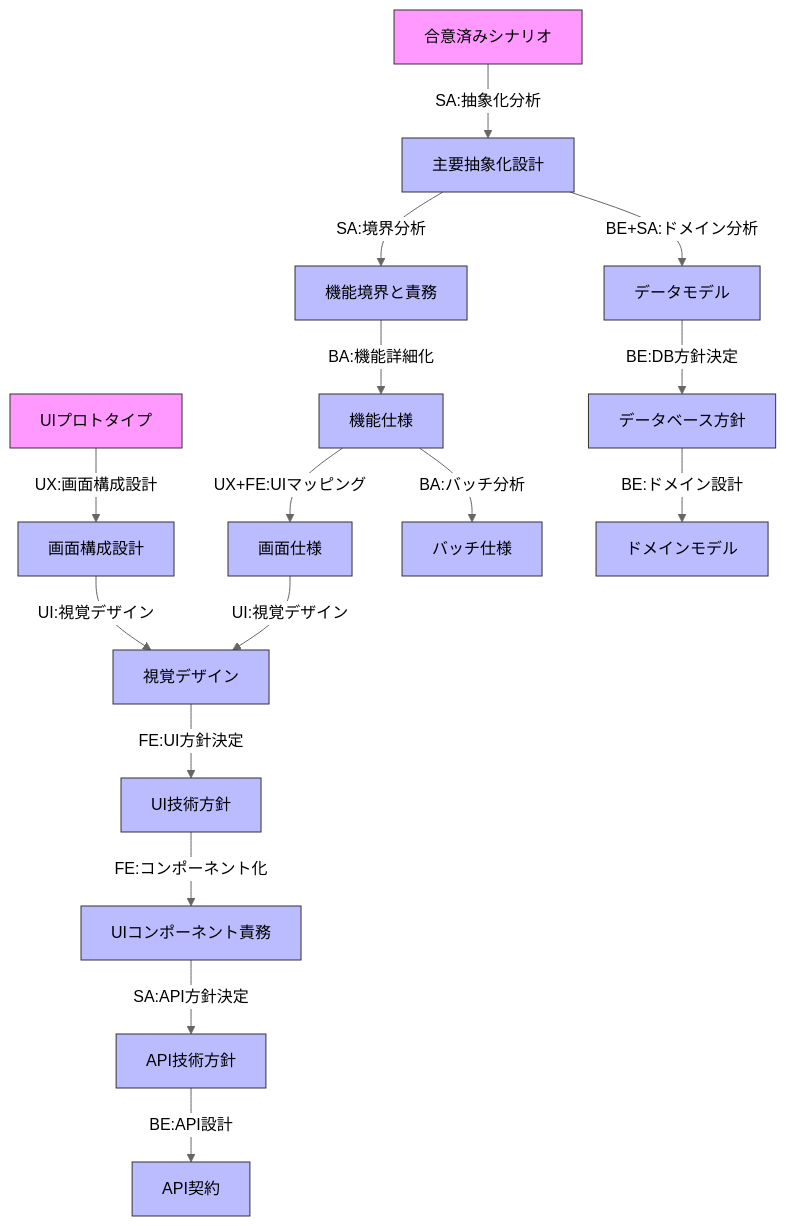
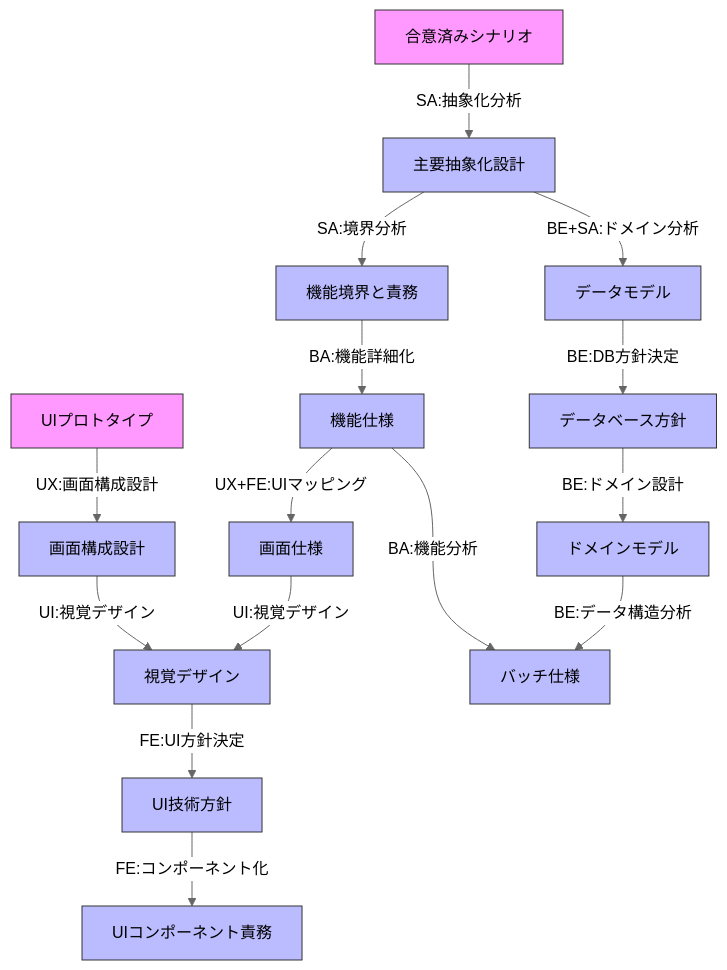
The fourth of 10 diagrams in docs/00-documents/kruchten-4plus1-view-analysis.md (ikemo3/cogitoweave-doc), drawn with Mermaid (neutral theme) before and after one commit. The commit also changed other lines of this file and 195 other files, not shown here.

````diff
--- a/docs/00-documents/kruchten-4plus1-view-analysis.md
+++ b/docs/00-documents/kruchten-4plus1-view-analysis.md
@@ -90,32 +121,31 @@
 ```mermaid
 flowchart TB
 
     classDef artifact fill:#bbf,stroke:#333,stroke-width:1px,color:#000;
     classDef scenarioInput fill:#f9f,stroke:#333,stroke-width:1px,color:#000;
 
     ScenarioInput[合意済みシナリオ] -->|"SA:抽象化分析"| Abstract[主要抽象化設計]
 
     %% UI側の分岐
     Abstract -->|"SA:境界分析"| Boundary[機能境界と責務]
     UISpecInput[UIプロトタイプ] -->|"UX:画面構成設計"| ScreenStructure[画面構成設計]
     Boundary -->|"BA:機能詳細化"| FunctionalSpec[機能仕様]
     FunctionalSpec -->|"UX+FE:UIマッピング"| ScreenSpec[画面仕様]
     ScreenStructure -->|"UI:視覚デザイン"| VisualDesign[視覚デザイン]
     ScreenSpec -->|"UI:視覚デザイン"| VisualDesign
     VisualDesign -->|"FE:UI方針決定"| UIApproach[UI技術方針]
     UIApproach -->|"FE:コンポーネント化"| UIComponents[UIコンポーネント責務]
-    UIComponents -->|"SA:API方針決定"| APIApproach[API技術方針]
-    APIApproach -->|"BE:API設計"| APIContract[API契約]
 
     %% データ側の分岐
     Abstract -->|"BE+SA:ドメイン分析"| DataModel[データモデル]
     DataModel -->|"BE:DB方針決定"| DatabaseApproach[データベース方針]
     DatabaseApproach -->|"BE:ドメイン設計"| DomainModel[ドメインモデル]
 
     %% バッチ処理要件
-    FunctionalSpec -->|"BA:バッチ分析"| BatchSpec[バッチ仕様]
+    FunctionalSpec -->|"BA:機能分析"| BatchSpec[バッチ仕様]
+    DomainModel -->|"BE:データ構造分析"| BatchSpec
 
     %% スタイル適用
     class ScenarioInput,UISpecInput scenarioInput;
-    class Abstract,Boundary,FunctionalSpec,ScreenStructure,ScreenSpec,VisualDesign,UIApproach,UIComponents,APIApproach,APIContract,DataModel,DatabaseApproach,DomainModel,BatchSpec artifact;
+    class Abstract,Boundary,FunctionalSpec,ScreenStructure,ScreenSpec,VisualDesign,UIApproach,UIComponents,DataModel,DatabaseApproach,DomainModel,BatchSpec artifact;
 ```
````
